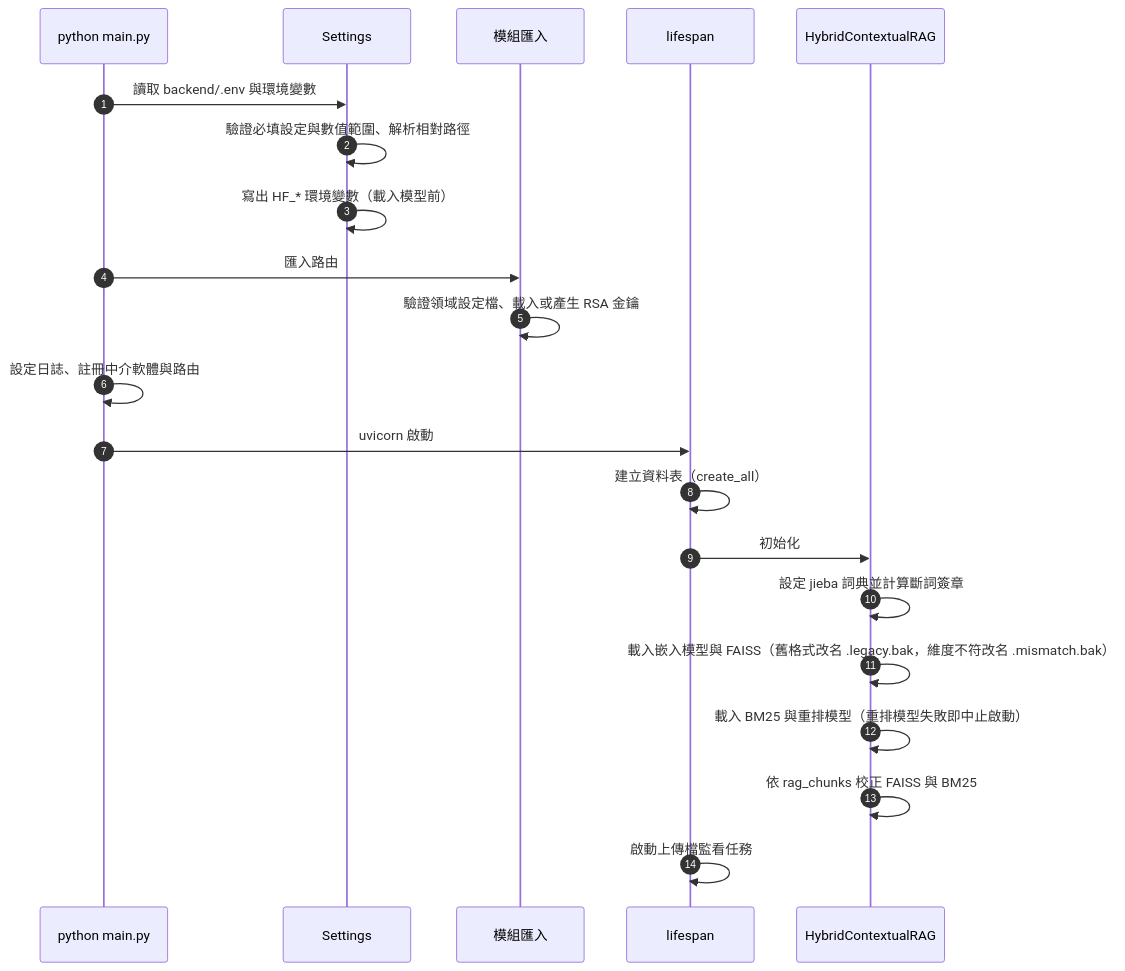
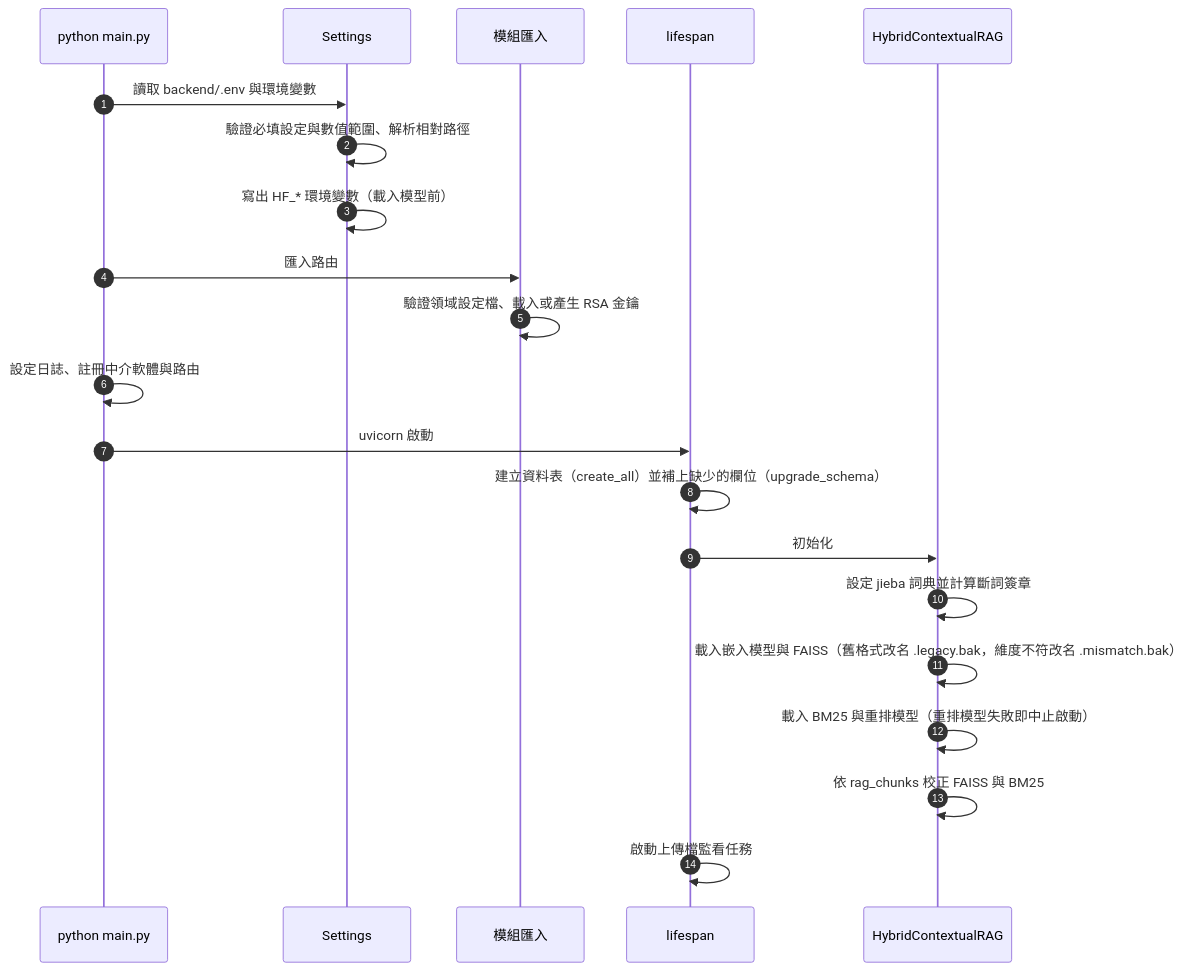
The second of 9 diagrams in docs/architecture.md (Scorpio-meow/AskMiao), drawn with Mermaid before and after one commit. The commit also changed other lines of this file and 84 other files, not shown here.

````diff
--- a/docs/architecture.md
+++ b/docs/architecture.md
@@ -98,24 +102,24 @@
 ```mermaid
 sequenceDiagram
     autonumber
     participant Main as python main.py
     participant Cfg as Settings
     participant Imp as 模組匯入
     participant Life as lifespan
     participant RAG as HybridContextualRAG
 
     Main->>Cfg: 讀取 backend/.env 與環境變數
     Cfg->>Cfg: 驗證必填設定與數值範圍、解析相對路徑
     Cfg->>Cfg: 寫出 HF_* 環境變數（載入模型前）
     Main->>Imp: 匯入路由
     Imp->>Imp: 驗證領域設定檔、載入或產生 RSA 金鑰
     Main->>Main: 設定日誌、註冊中介軟體與路由
     Main->>Life: uvicorn 啟動
-    Life->>Life: 建立資料表（create_all）
+    Life->>Life: 建立資料表（create_all）並補上缺少的欄位（upgrade_schema）
     Life->>RAG: 初始化
     RAG->>RAG: 設定 jieba 詞典並計算斷詞簽章
     RAG->>RAG: 載入嵌入模型與 FAISS（舊格式改名 .legacy.bak，維度不符改名 .mismatch.bak）
     RAG->>RAG: 載入 BM25 與重排模型（重排模型失敗即中止啟動）
     RAG->>RAG: 依 rag_chunks 校正 FAISS 與 BM25
     Life->>Life: 啟動上傳檔監看任務
 ```
````
